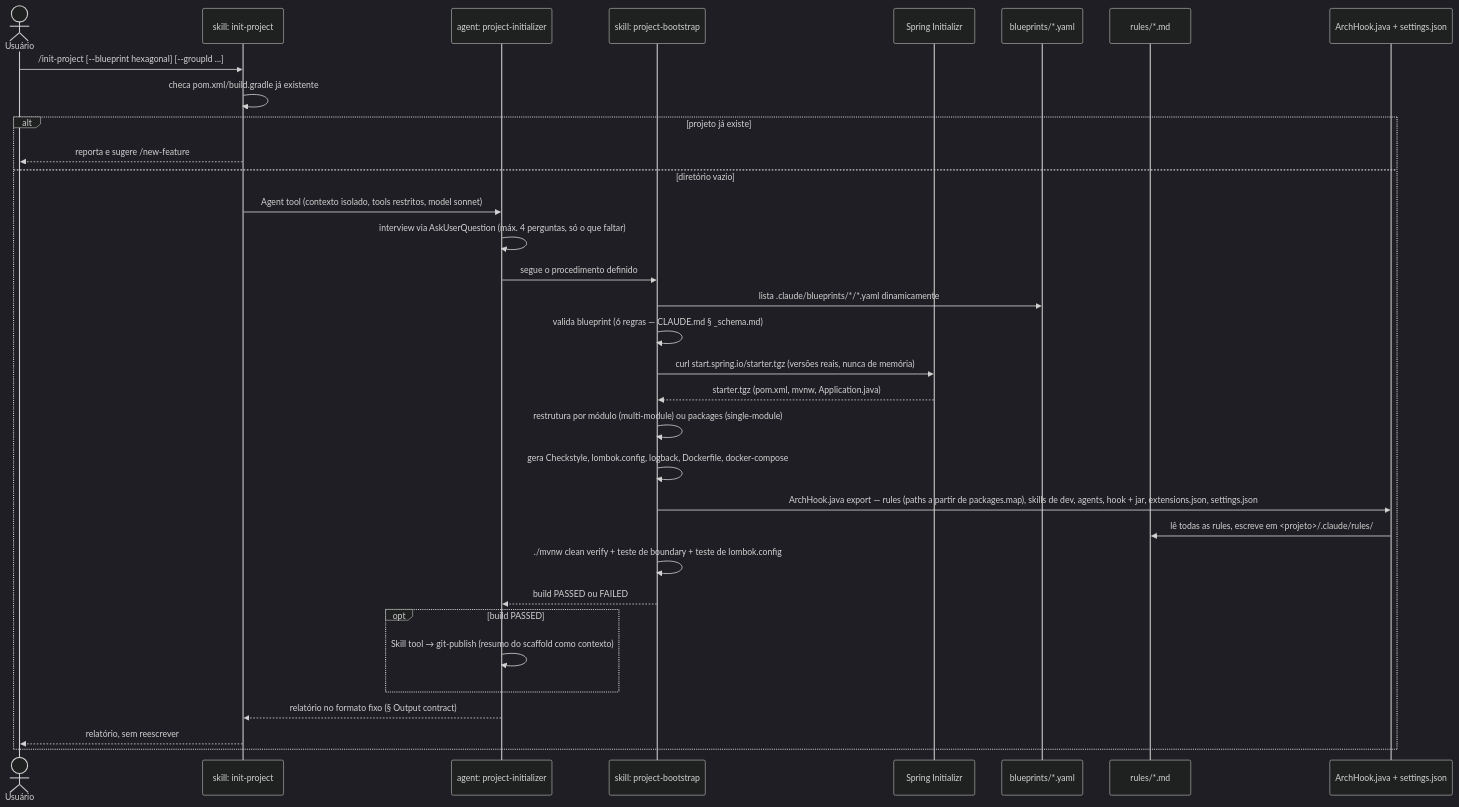
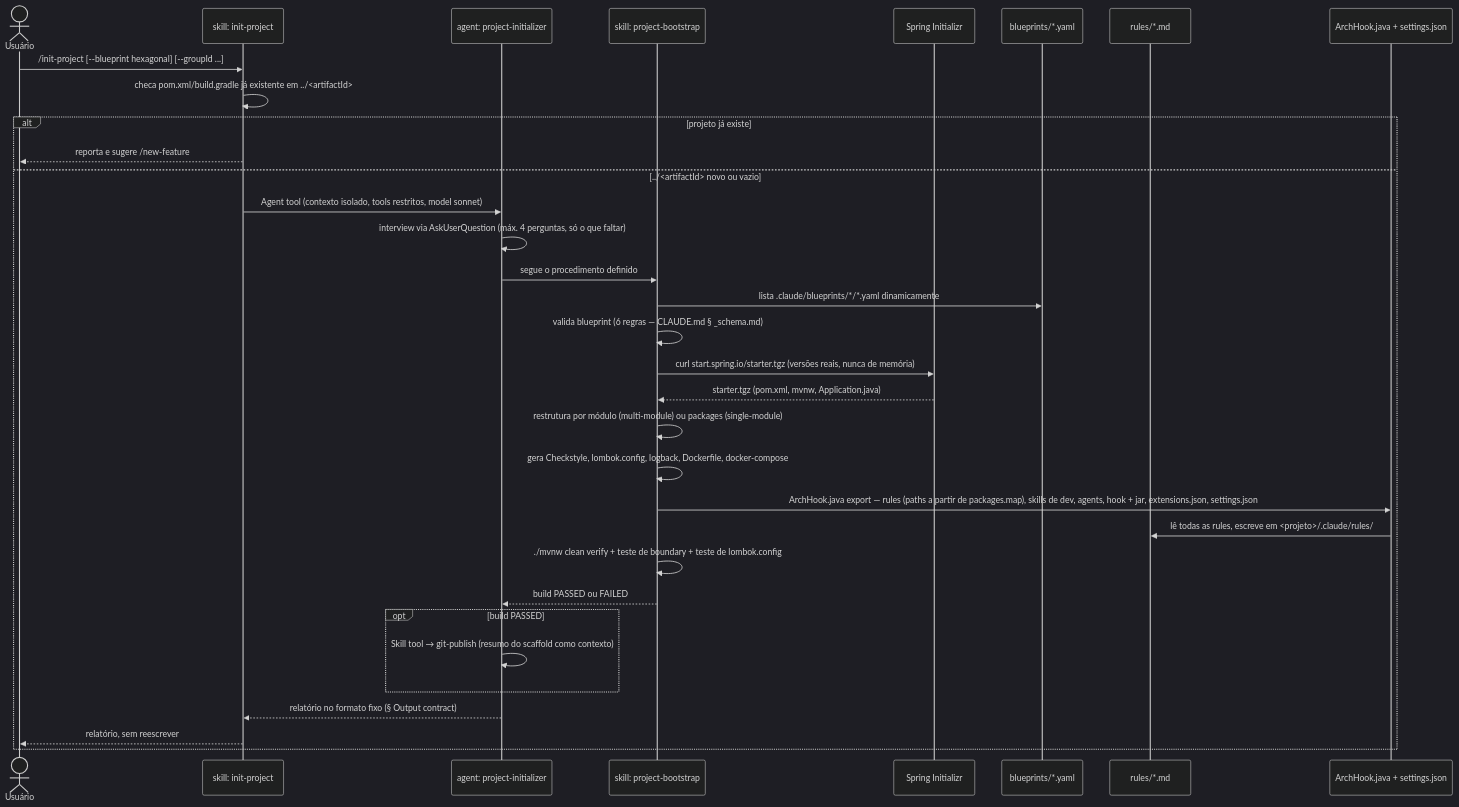
Before and after one commit to ice-lfernandes/claude-spring-architect: the diagram in docs/pt-br/02-init-project.md, drawn with Mermaid (dark theme). The commit also changed other lines of this file and 9 other files, not shown here.

````diff
--- a/docs/pt-br/02-init-project.md
+++ b/docs/pt-br/02-init-project.md
@@ -33,36 +49,36 @@
 ```mermaid
 sequenceDiagram
     actor U as Usuário
     participant CMD as skill: init-project
     participant AG as agent: project-initializer
     participant BOOT as skill: project-bootstrap
     participant INIT as Spring Initializr
     participant BP as blueprints/*.yaml
     participant RULES as rules/*.md
     participant HOOK as ArchHook.java + settings.json
 
     U->>CMD: /init-project [--blueprint hexagonal] [--groupId ...]
-    CMD->>CMD: checa pom.xml/build.gradle já existente
+    CMD->>CMD: checa pom.xml/build.gradle já existente em ../<artifactId>
     alt projeto já existe
         CMD-->>U: reporta e sugere /new-feature
-    else diretório vazio
+    else ../<artifactId> novo ou vazio
         CMD->>AG: Agent tool (contexto isolado, tools restritos, model sonnet)
         AG->>AG: interview via AskUserQuestion (máx. 4 perguntas, só o que faltar)
         AG->>BOOT: segue o procedimento definido
         BOOT->>BP: lista .claude/blueprints/*/*.yaml dinamicamente
         BOOT->>BOOT: valida blueprint (6 regras — CLAUDE.md § _schema.md)
         BOOT->>INIT: curl start.spring.io/starter.tgz (versões reais, nunca de memória)
         INIT-->>BOOT: starter.tgz (pom.xml, mvnw, Application.java)
         BOOT->>BOOT: restrutura por módulo (multi-module) ou packages (single-module)
         BOOT->>BOOT: gera Checkstyle, lombok.config, logback, Dockerfile, docker-compose
         BOOT->>HOOK: ArchHook.java export — rules (paths a partir de packages.map), skills de dev, agents, hook + jar, extensions.json, settings.json
         HOOK->>RULES: lê todas as rules, escreve em <projeto>/.claude/rules/
         BOOT->>BOOT: ./mvnw clean verify + teste de boundary + teste de lombok.config
         BOOT-->>AG: build PASSED ou FAILED
         opt build PASSED
             AG->>AG: Skill tool → git-publish (resumo do scaffold como contexto)
         end
         AG-->>CMD: relatório no formato fixo (§ Output contract)
         CMD-->>U: relatório, sem reescrever
     end
 ```
````
